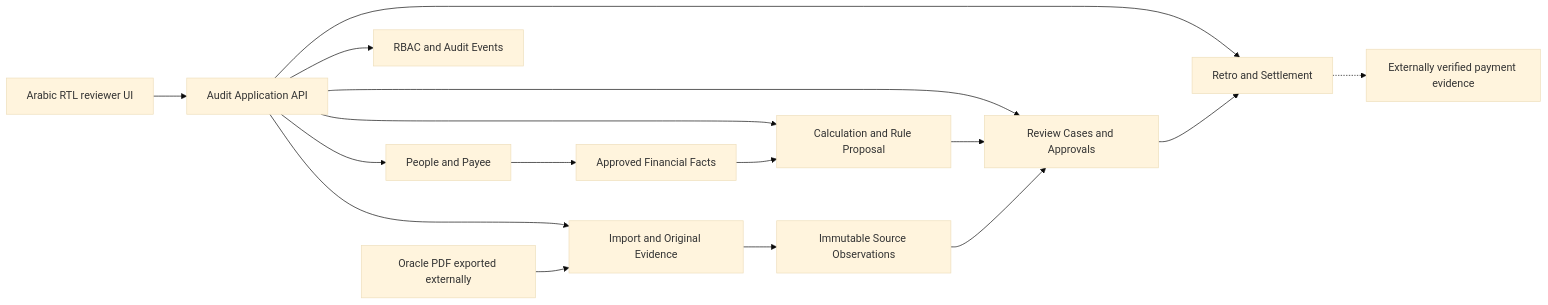
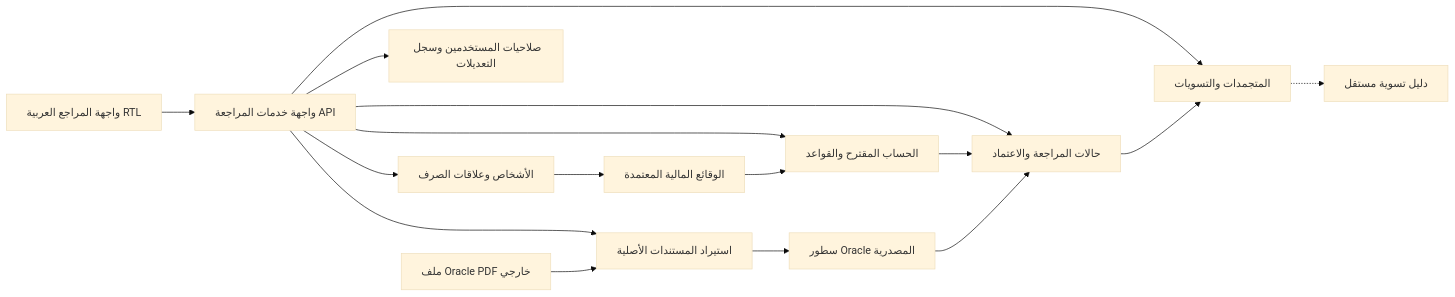
The diagram in docs/architecture/BLUEPRINT-V1.md (AlexandriaDeveloper/PayrollReviewSystem), drawn with Mermaid (base theme) before and after one commit. The commit also changed other lines of this file and 40 other files, not shown here.

First line of the commit message:
docs: Arabic documentation across repository with ERD/UML worked examples

````diff
--- a/docs/architecture/BLUEPRINT-V1.md
+++ b/docs/architecture/BLUEPRINT-V1.md
@@ -28,18 +26,18 @@
 ```mermaid
 flowchart LR
-  U[Arabic RTL reviewer UI] --> API[Audit Application API]
-  API --> ID[People and Payee]
-  API --> SI[Import and Original Evidence]
-  API --> CR[Calculation and Rule Proposal]
-  API --> AU[Review Cases and Approvals]
-  API --> RA[Retro and Settlement]
-  SI --> SRC[Immutable Source Observations]
-  ID --> BASE[Approved Financial Facts]
+  U["واجهة المراجع العربية RTL"] --> API["واجهة خدمات المراجعة API"]
+  API --> ID["الأشخاص وعلاقات الصرف"]
+  API --> SI["استيراد المستندات الأصلية"]
+  API --> CR["الحساب المقترح والقواعد"]
+  API --> AU["حالات المراجعة والاعتماد"]
+  API --> RA["المتجمدات والتسويات"]
+  SI --> SRC["سطور Oracle المصدرية"]
+  ID --> BASE["الوقائع المالية المعتمدة"]
   BASE --> CR
   CR --> AU
   SRC --> AU
   AU --> RA
-  API --> AUTH[RBAC and Audit Events]
-  EXT[Oracle PDF exported externally] --> SI
-  RA -.-> PROOF[Externally verified payment evidence]
+  API --> AUTH["صلاحيات المستخدمين وسجل التعديلات"]
+  EXT["ملف Oracle PDF خارجي"] --> SI
+  RA -.-> PROOF["دليل تسوية مستقل"]
 ```
````
